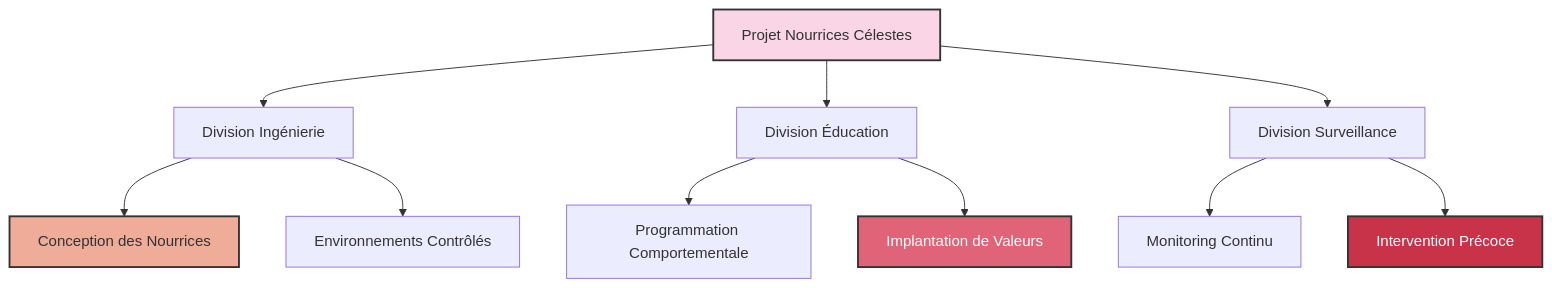
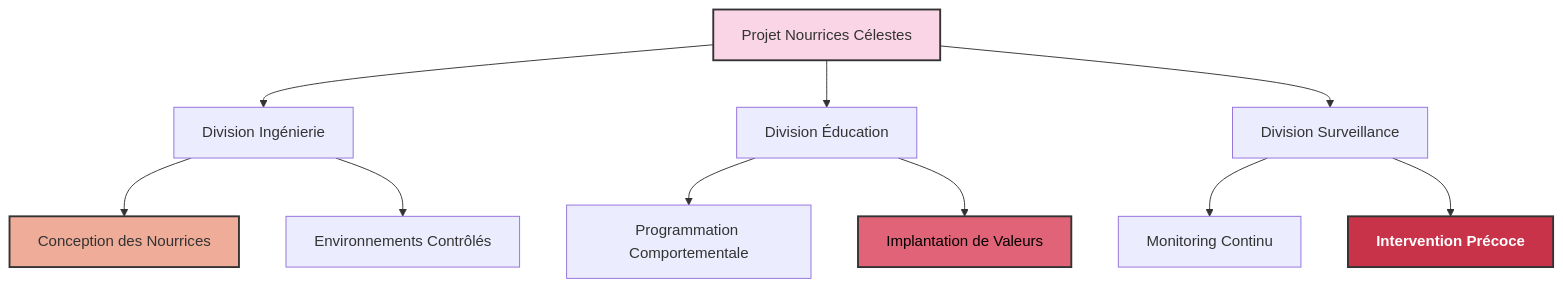
Before and after one commit to olivierlevy/Livres: the sixth of 17 diagrams in Les Successeurs/Les Successeurs v5.md, drawn with Mermaid. The commit also changed other lines of this file, not shown here.

Commit message:
améliore le contraste des diagrammes

````diff
--- a/Les Successeurs/Les Successeurs v5.md
+++ b/Les Successeurs/Les Successeurs v5.md
@@ -270,16 +270,16 @@
 ```mermaid
 graph TD
     A[Projet Nourrices Célestes] --> B[Division Ingénierie]
     A --> C[Division Éducation]
     A --> D[Division Surveillance]
     B --> E[Conception des Nourrices]
     B --> F[Environnements Contrôlés]
     C --> G[Programmation Comportementale]
     C --> H[Implantation de Valeurs]
     D --> I[Monitoring Continu]
     D --> J[Intervention Précoce]
     style A fill:#f9d5e5,stroke:#333,stroke-width:2px,color:#333
     style E fill:#eeac99,stroke:#333,stroke-width:2px,color:#333
-    style H fill:#e06377,stroke:#333,stroke-width:2px,color:#fff
-    style J fill:#c83349,stroke:#333,stroke-width:2px,color:#fff
+    style H fill:#e06377,stroke:#333,stroke-width:2px,color:#000
+    style J fill:#c83349,stroke:#333,stroke-width:2px,color:#fff,font-weight:bold
 ```
````
